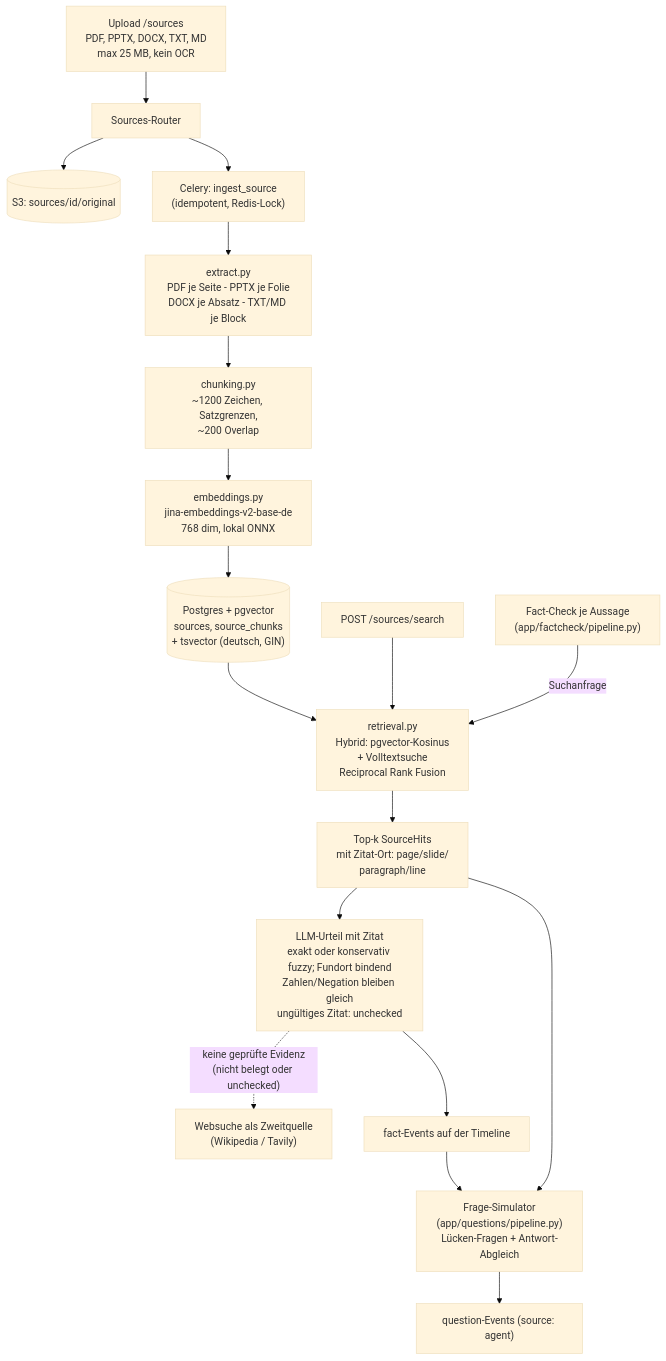
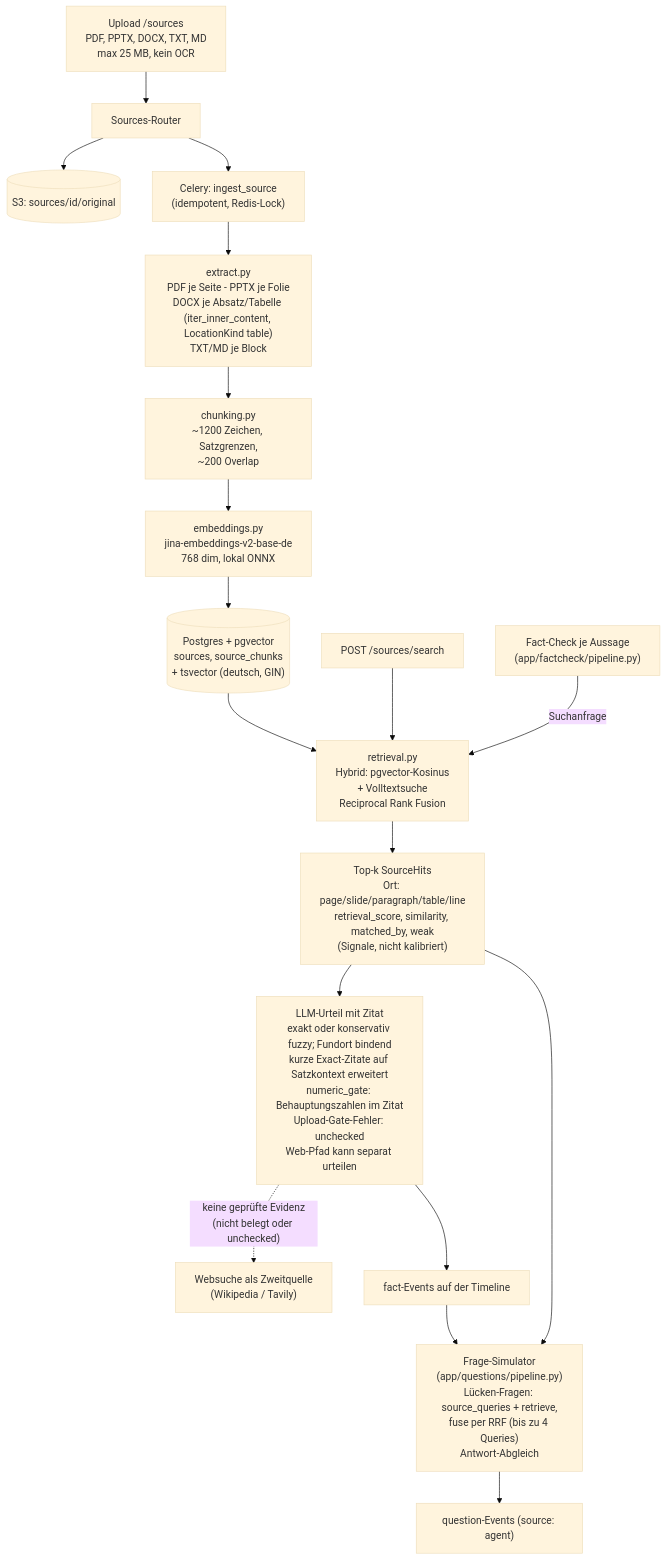
The fifth of 12 diagrams in docs/03-architecture.md (johannes3502/hackathon-fulda), drawn with Mermaid (base theme) before and after one commit. The commit also changed other lines of this file and 32 other files, not shown here.

````diff
--- a/docs/03-architecture.md
+++ b/docs/03-architecture.md
@@ -307,21 +307,21 @@
 ```mermaid
 flowchart TB
     UP["Upload /sources<br/>PDF, PPTX, DOCX, TXT, MD<br/>max 25 MB, kein OCR"] --> API["Sources-Router"]
     API --> S3A[("S3: sources/id/original")]
     API --> Q["Celery: ingest_source<br/>(idempotent, Redis-Lock)"]
-    Q --> EX["extract.py<br/>PDF je Seite - PPTX je Folie<br/>DOCX je Absatz - TXT/MD je Block"]
+    Q --> EX["extract.py<br/>PDF je Seite - PPTX je Folie<br/>DOCX je Absatz/Tabelle (iter_inner_content, LocationKind table)<br/>TXT/MD je Block"]
     EX --> CH["chunking.py<br/>~1200 Zeichen, Satzgrenzen,<br/>~200 Overlap"]
     CH --> EM["embeddings.py<br/>jina-embeddings-v2-base-de<br/>768 dim, lokal ONNX"]
     EM --> PGDB[("Postgres + pgvector<br/>sources, source_chunks<br/>+ tsvector (deutsch, GIN)")]
 
     SEARCH["POST /sources/search"] --> RET["retrieval.py<br/>Hybrid: pgvector-Kosinus<br/>+ Volltextsuche<br/>Reciprocal Rank Fusion"]
     PGDB --> RET
-    RET --> HITS["Top-k SourceHits<br/>mit Zitat-Ort: page/slide/<br/>paragraph/line"]
+    RET --> HITS["Top-k SourceHits<br/>Ort: page/slide/paragraph/table/line<br/>retrieval_score, similarity, matched_by, weak<br/>(Signale, nicht kalibriert)"]
     FCQ["Fact-Check je Aussage<br/>(app/factcheck/pipeline.py)"] -- "Suchanfrage" --> RET
-    HITS --> JUDGE["LLM-Urteil mit Zitat<br/>exakt oder konservativ fuzzy; Fundort bindend<br/>Zahlen/Negation bleiben gleich<br/>ungültiges Zitat: unchecked"]
+    HITS --> JUDGE["LLM-Urteil mit Zitat<br/>exakt oder konservativ fuzzy; Fundort bindend<br/>kurze Exact-Zitate auf Satzkontext erweitert<br/>numeric_gate: Behauptungszahlen im Zitat<br/>Upload-Gate-Fehler: unchecked<br/>Web-Pfad kann separat urteilen"]
     JUDGE -. "keine geprüfte Evidenz<br/>(nicht belegt oder unchecked)" .-> WEBQ["Websuche als Zweitquelle<br/>(Wikipedia / Tavily)"]
     JUDGE --> EVT["fact-Events auf der Timeline"]
-    HITS --> QA["Frage-Simulator<br/>(app/questions/pipeline.py)<br/>Lücken-Fragen + Antwort-Abgleich"]
+    HITS --> QA["Frage-Simulator<br/>(app/questions/pipeline.py)<br/>Lücken-Fragen: source_queries + retrieve,<br/>fuse per RRF (bis zu 4 Queries)<br/>Antwort-Abgleich"]
     EVT --> QA
     QA --> QEVT["question-Events (source: agent)"]
 ```
````
